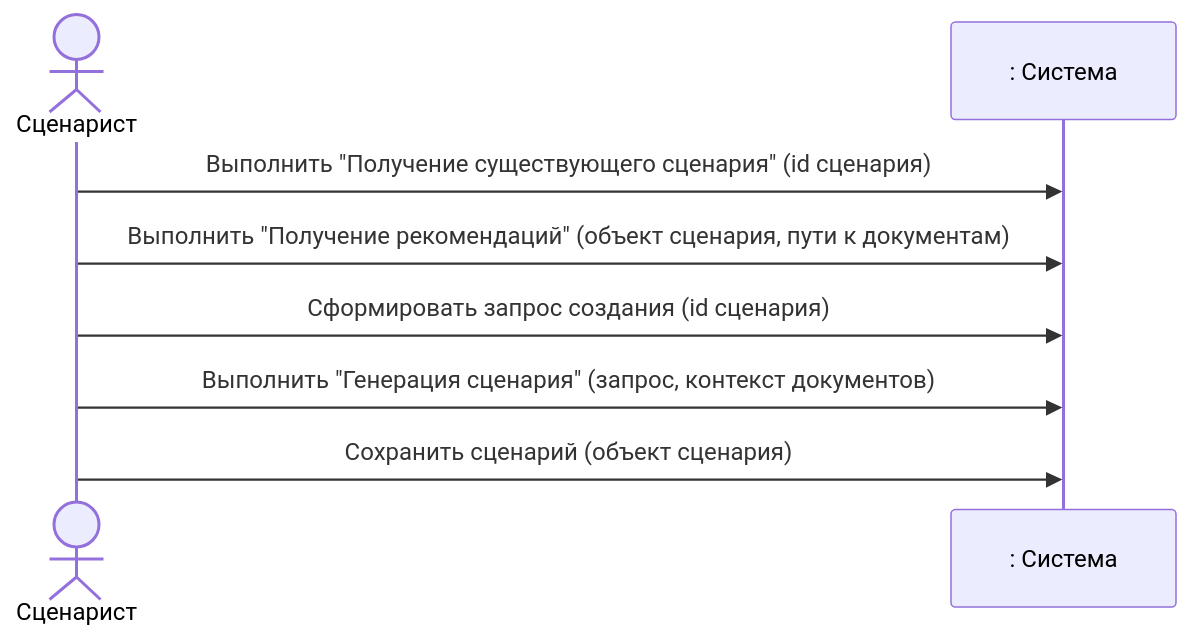
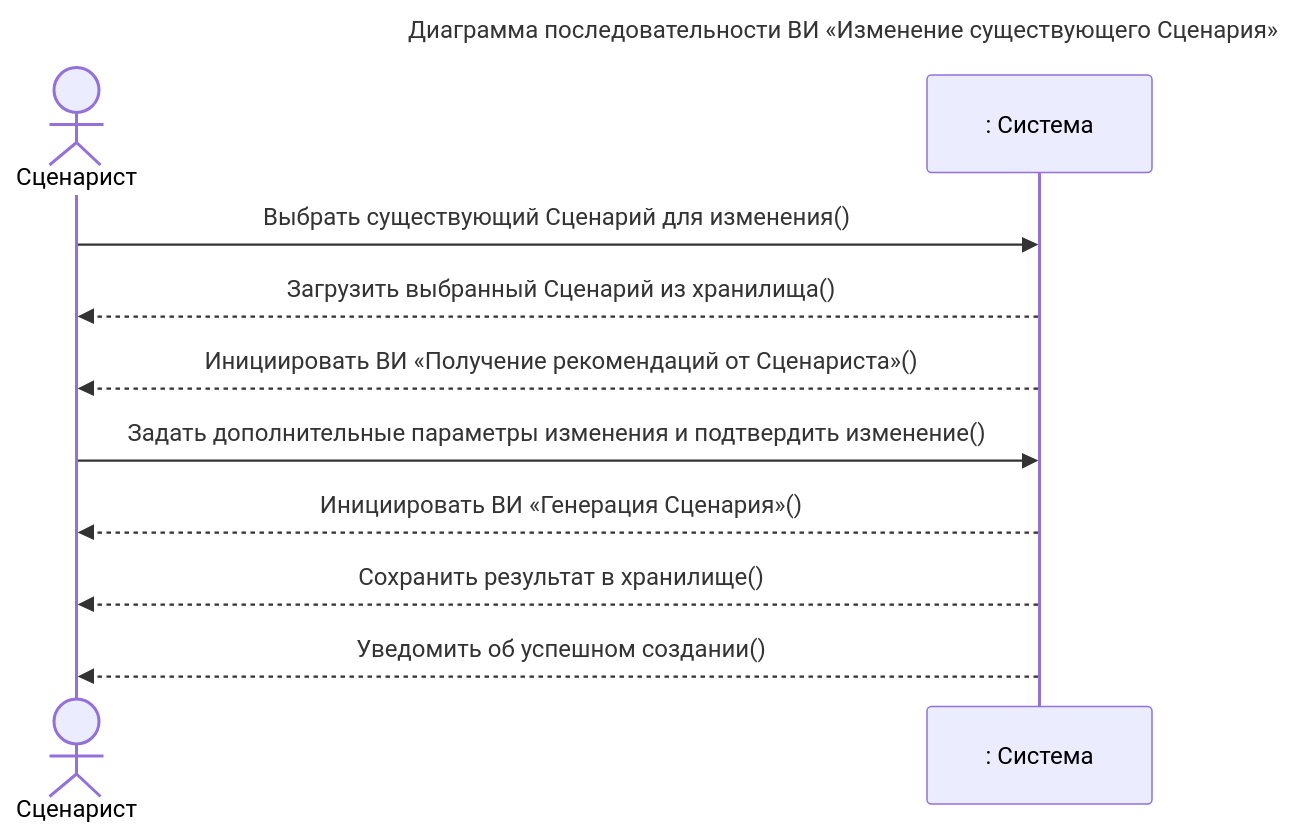
The fourth of 5 diagrams in 3. Диаграмма последовательностей системы.md (CHSU-scenarAIst/diagrammy), drawn with Mermaid before and after one commit. The commit also changed other lines of this file and 13 other files, not shown here.

````diff
--- a/3. Диаграмма последовательностей системы.md
+++ b/3. Диаграмма последовательностей системы.md
@@ -211,11 +298,16 @@
 ```mermaid
+---
+title: Диаграмма последовательности ВИ «Изменение существующего Сценария»
+---
 sequenceDiagram
     actor User as Сценарист
     participant System as : Система
 
-    User->>System: Выполнить "Получение существующего сценария" (id сценария)
-    User->>System: Выполнить "Получение рекомендаций" (объект сценария, пути к документам)
-    User->>System: Сформировать запрос создания (id сценария)
-    User->>System: Выполнить "Генерация сценария" (запрос, контекст документов)
-    User->>System: Сохранить сценарий (объект сценария)
+    User->>System: Выбрать существующий Сценарий для изменения()
+    System-->>User: Загрузить выбранный Сценарий из хранилища()
+    System-->>User: Инициировать ВИ «Получение рекомендаций от Сценариста»()
+    User->>System: Задать дополнительные параметры изменения и подтвердить изменение()
+    System-->>User: Инициировать ВИ «Генерация Сценария»()
+    System-->>User: Сохранить результат в хранилище()
+    System-->>User: Уведомить об успешном создании()
 ```
````
